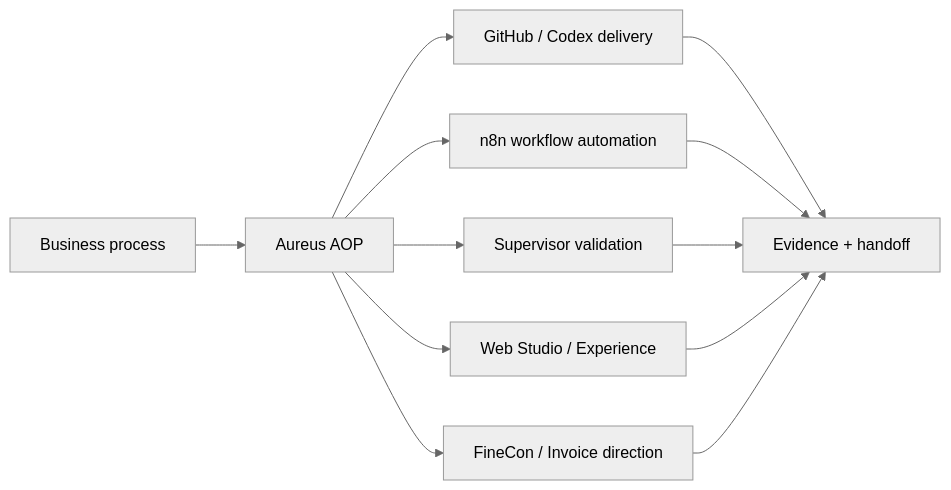
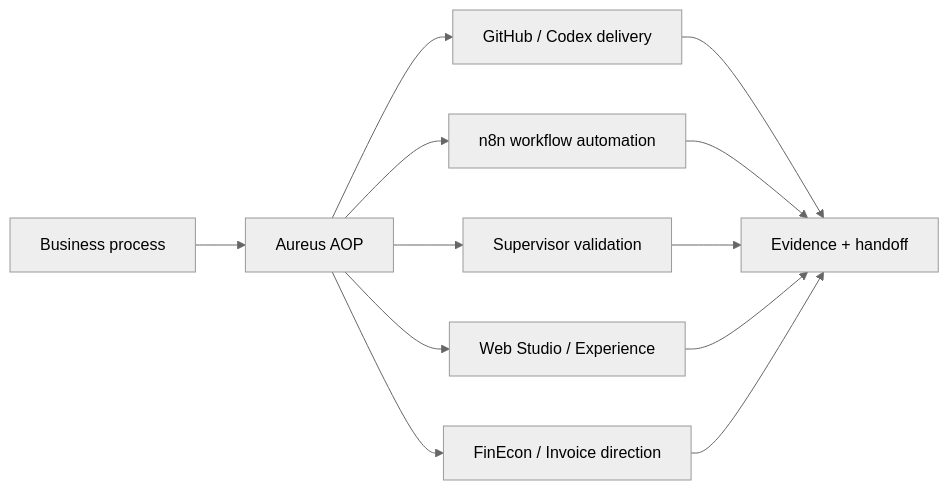
The diagram in README.md (Aureus-Automation-Lab/Aureus-Automation-Lab), drawn with Mermaid (neutral theme) before and after one commit. The commit also changed other lines of this file and 31 other files, not shown here.

````diff
--- a/README.md
+++ b/README.md
@@ -41,14 +53,14 @@
 ```mermaid
 flowchart LR
     A[Business process] --> B[Aureus AOP]
     B --> C[GitHub / Codex delivery]
     B --> D[n8n workflow automation]
     B --> E[Supervisor validation]
     B --> F[Web Studio / Experience]
-    B --> G[FineCon / Invoice direction]
+    B --> G[FinEcon / Invoice direction]
     C --> H[Evidence + handoff]
     D --> H
     E --> H
     F --> H
     G --> H
 ```
````
